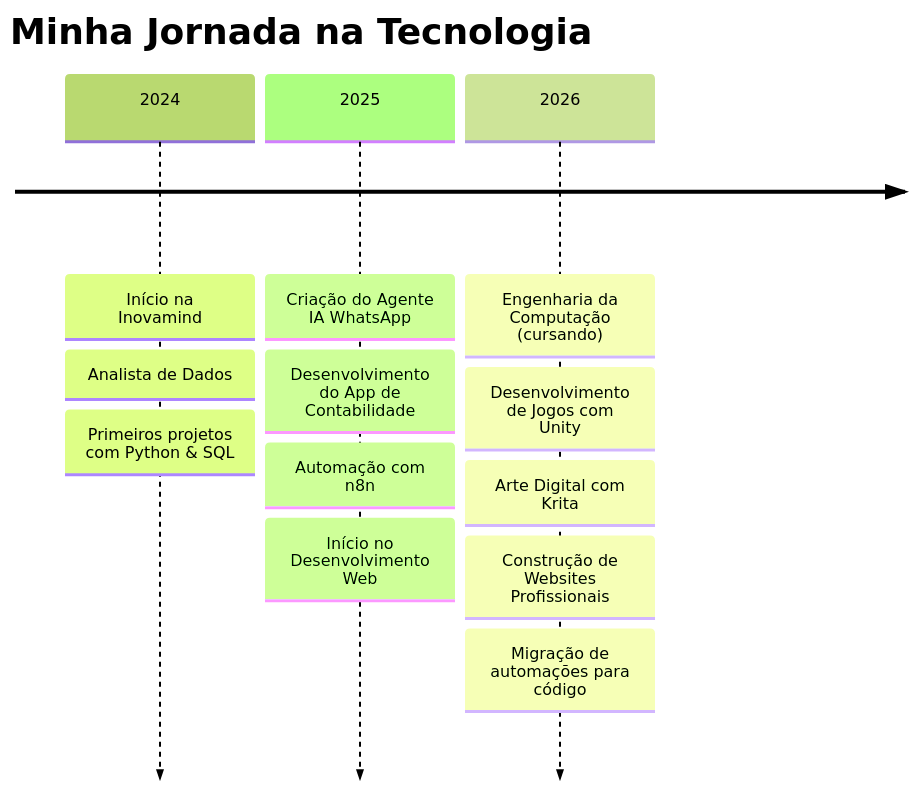
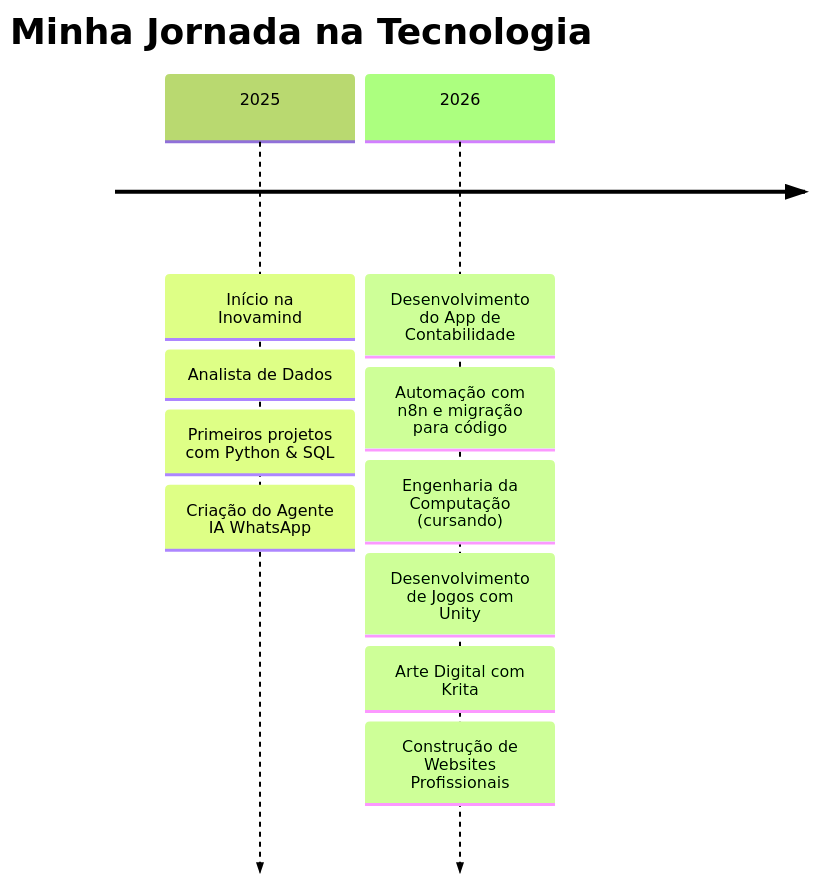
One commit to diego-caldeira-12/diego-caldeira-12 changed the diagram in README.md. Above: the diagram before and after it, drawn with Mermaid (forest theme).

Commit message:
Fix timeline: Inovamind started in 2025, not 2024

````diff
--- a/README.md
+++ b/README.md
@@ -83,16 +83,14 @@
 ```mermaid
 timeline
     title Minha Jornada na Tecnologia
-    2024 : Início na Inovamind
+    2025 : Início na Inovamind
          : Analista de Dados
          : Primeiros projetos com Python & SQL
-    2025 : Criação do Agente IA WhatsApp
-         : Desenvolvimento do App de Contabilidade
-         : Automação com n8n
-         : Início no Desenvolvimento Web
-    2026 : Engenharia da Computação (cursando)
+         : Criação do Agente IA WhatsApp
+    2026 : Desenvolvimento do App de Contabilidade
+         : Automação com n8n e migração para código
+         : Engenharia da Computação (cursando)
          : Desenvolvimento de Jogos com Unity
          : Arte Digital com Krita
          : Construção de Websites Profissionais
-         : Migração de automações para código
 ```
````
